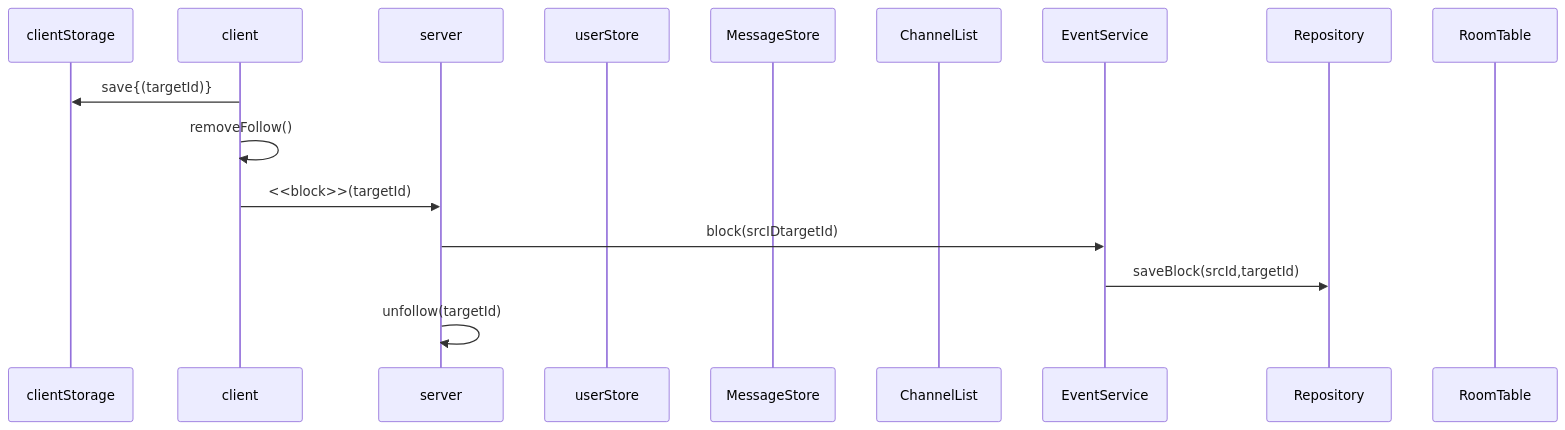
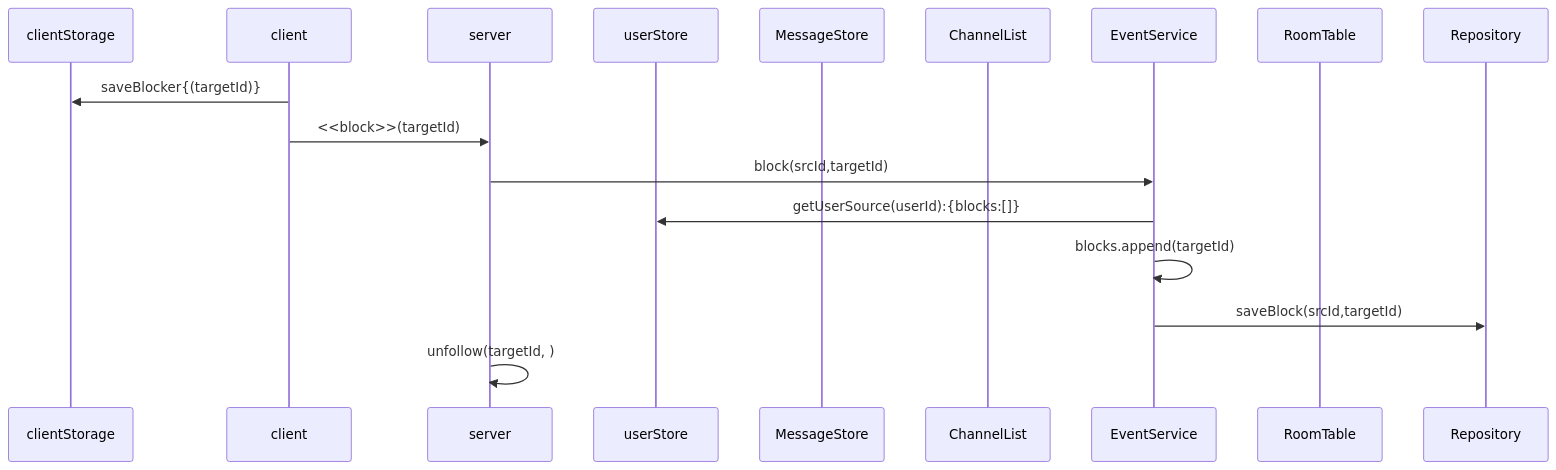
The sixth of 19 diagrams in backend/node/app/event.md (mtak0235/simmons_transcendence), drawn with Mermaid before and after one commit. The commit also changed other lines of this file, not shown here.

````diff
--- a/backend/node/app/event.md
+++ b/backend/node/app/event.md
@@ -143,18 +150,20 @@
 ```mermaid
 sequenceDiagram
 participant cls as clientStorage
 participant c as client
 participant ga as server
 participant ss as userStore
 participant ms as MessageStore
 participant cns as ChannelList
 participant cs as EventService
+participant rt as RoomTable
 participant r as Repository
-participant rt as RoomTable
-c->>cls: save{(targetId)}
-c->>c: removeFollow()
+
+c->>cls: saveBlocker{(targetId)}
 c->>ga: <<block>>(targetId)
-ga->>cs: block(srcIDtargetId)
+ga->>cs: block(srcId,targetId)
+cs->>ss: getUserSource(userId):{blocks:[]}
+cs->>cs: blocks.append(targetId)
 cs->>r: saveBlock(srcId,targetId)
-ga->>ga: unfollow(targetId)
+ga->>ga: unfollow(targetId, )
 ```
````
